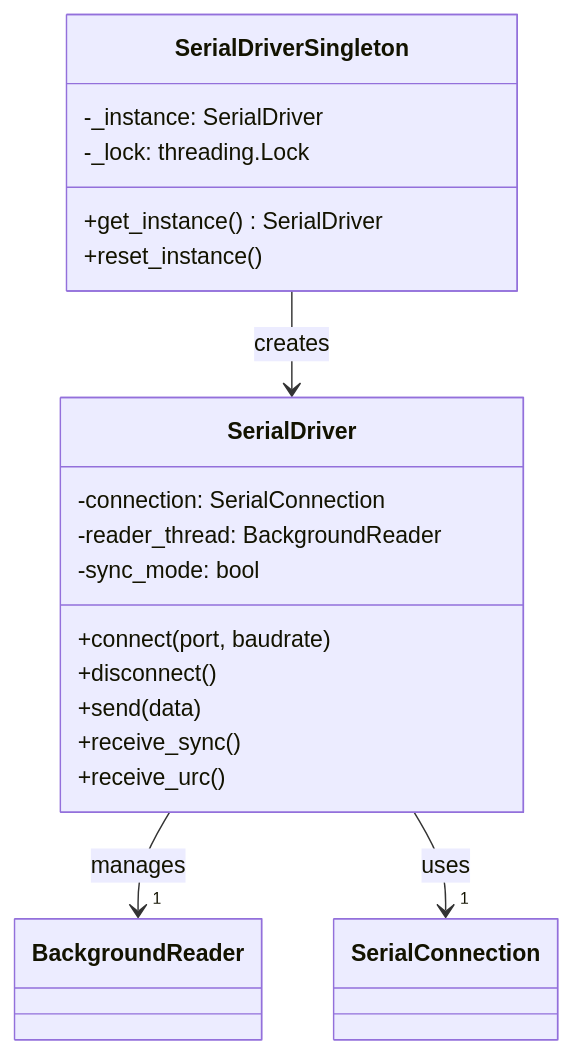
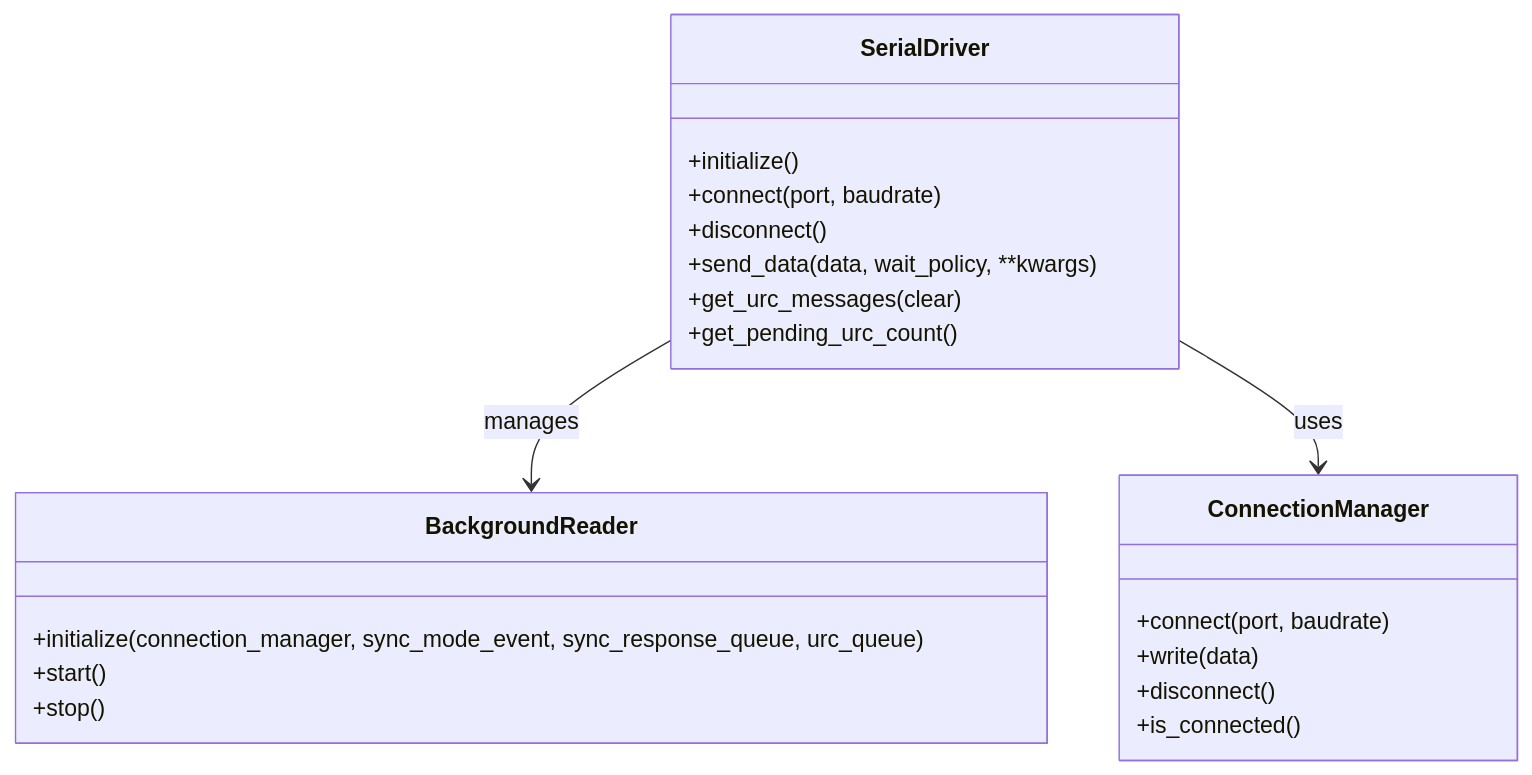
The third of 5 diagrams in doc/05-软件实现架构文档.md (niusulong/serial2mcp1), drawn with Mermaid before and after one commit. The commit also changed other lines of this file and 13 other files, not shown here.

````diff
--- a/doc/05-软件实现架构文档.md
+++ b/doc/05-软件实现架构文档.md
@@ -140,24 +142,27 @@
 ```mermaid
 classDiagram
-    class SerialDriverSingleton {
-        -_instance: SerialDriver
-        -_lock: threading.Lock
-        +get_instance() SerialDriver
-        +reset_instance()
-    }
-    
     class SerialDriver {
-        -connection: SerialConnection
-        -reader_thread: BackgroundReader
-        -sync_mode: bool
+        +initialize()
         +connect(port, baudrate)
         +disconnect()
-        +send(data)
-        +receive_sync()
-        +receive_urc()
+        +send_data(data, wait_policy, **kwargs)
+        +get_urc_messages(clear)
+        +get_pending_urc_count()
     }
-    
-    SerialDriverSingleton --> SerialDriver : creates
-    SerialDriver --> "1" BackgroundReader : manages
-    SerialDriver --> "1" SerialConnection : uses
+
+    class BackgroundReader {
+        +initialize(connection_manager, sync_mode_event, sync_response_queue, urc_queue)
+        +start()
+        +stop()
+    }
+
+    class ConnectionManager {
+        +connect(port, baudrate)
+        +write(data)
+        +disconnect()
+        +is_connected()
+    }
+
+    SerialDriver --> BackgroundReader : manages
+    SerialDriver --> ConnectionManager : uses
 ```
````
